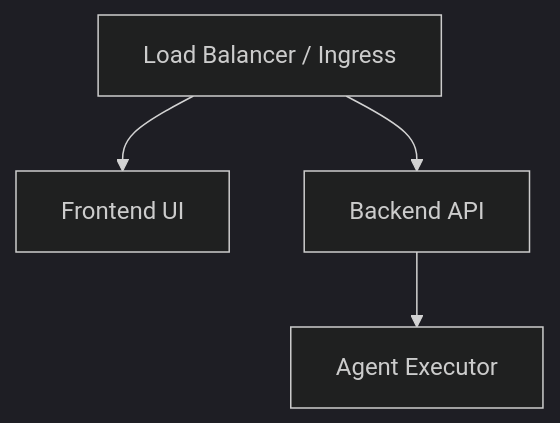
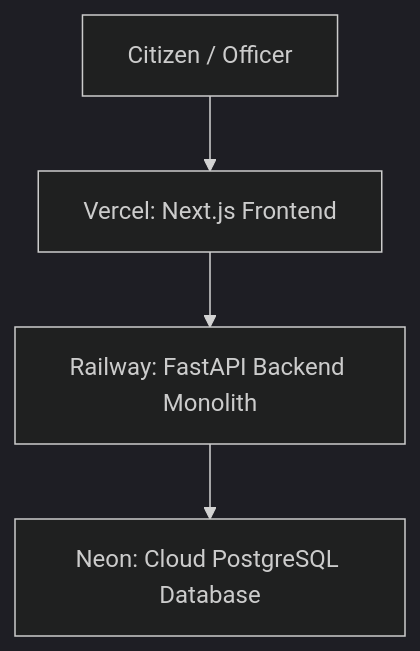
One commit to Uni-coder-harsh/Helix changed the diagram in docs/deployment.md. Above: the diagram before and after it, drawn with Mermaid (dark theme). The commit also changed other lines of this file and 25 other files, not shown here.

````diff
--- a/docs/deployment.md
+++ b/docs/deployment.md
@@ -21,6 +16,6 @@
 ```mermaid
 graph TD
-    Ingress[Load Balancer / Ingress] --> Web[Frontend UI]
-    Ingress --> API[Backend API]
-    API --> Agent[Agent Executor]
+    User[Citizen / Officer] --> Vercel[Vercel: Next.js Frontend]
+    Vercel --> Railway[Railway: FastAPI Backend Monolith]
+    Railway --> Neon[Neon: Cloud PostgreSQL Database]
 ```
````
